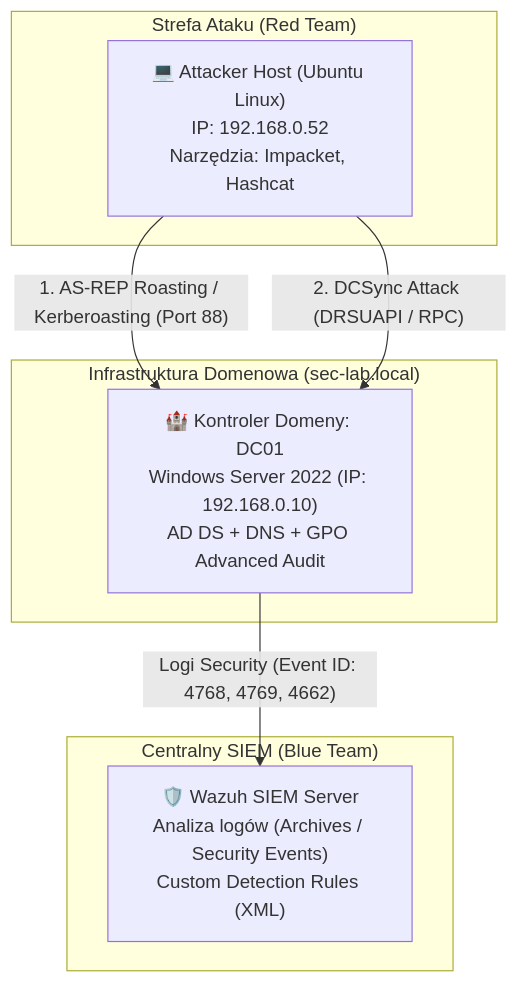
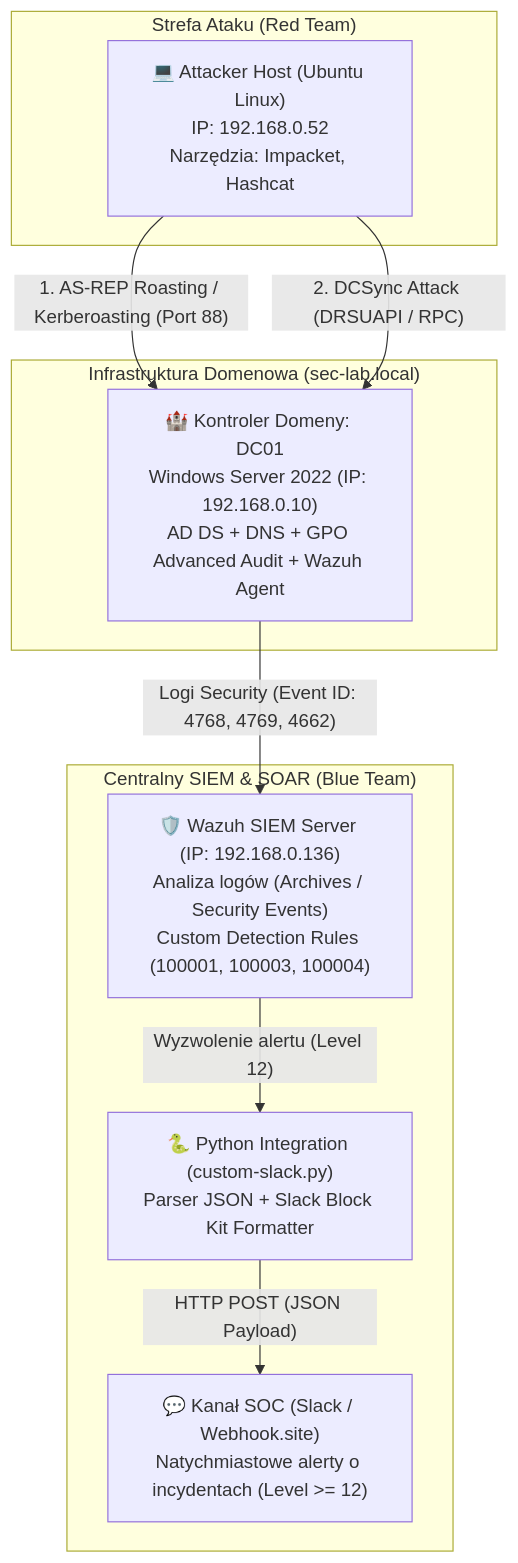
The diagram in README.md (PiotrAsyngier/Active-Directory-Lab), drawn with Mermaid before and after one commit. The commit also changed other lines of this file, not shown here.

First line of the commit message:
Enhance README with SOAR and project updates

````diff
--- a/README.md
+++ b/README.md
@@ -34,18 +37,22 @@
 ```mermaid
 graph TD
     subgraph "Strefa Ataku (Red Team)"
         Attacker["💻 Attacker Host (Ubuntu Linux)<br/>IP: 192.168.0.52<br/>Narzędzia: Impacket, Hashcat"]
     end
 
     subgraph "Infrastruktura Domenowa (sec-lab.local)"
-        DC01["🏰 Kontroler Domeny: DC01<br/>Windows Server 2022 (IP: 192.168.0.10)<br/>AD DS + DNS + GPO Advanced Audit"]
+        DC01["🏰 Kontroler Domeny: DC01<br/>Windows Server 2022 (IP: 192.168.0.10)<br/>AD DS + DNS + GPO Advanced Audit + Wazuh Agent"]
     end
 
-    subgraph "Centralny SIEM (Blue Team)"
-        WazuhSIEM["🛡️ Wazuh SIEM Server<br/>Analiza logów (Archives / Security Events)<br/>Custom Detection Rules (XML)"]
+    subgraph "Centralny SIEM & SOAR (Blue Team)"
+        WazuhSIEM["🛡️ Wazuh SIEM Server (IP: 192.168.0.136)<br/>Analiza logów (Archives / Security Events)<br/>Custom Detection Rules (100001, 100003, 100004)"]
+        SOAR["🐍 Python Integration (custom-slack.py)<br/>Parser JSON + Slack Block Kit Formatter"]
+        Webhook["💬 Kanał SOC (Slack / Webhook.site)<br/>Natychmiastowe alerty o incydentach (Level >= 12)"]
     end
 
     Attacker -->|"1. AS-REP Roasting / Kerberoasting (Port 88)"| DC01
     Attacker -->|"2. DCSync Attack (DRSUAPI / RPC)"| DC01
     DC01 -->|"Logi Security (Event ID: 4768, 4769, 4662)"| WazuhSIEM
+    WazuhSIEM -->|"Wyzwolenie alertu (Level 12)"| SOAR
+    SOAR -->|"HTTP POST (JSON Payload)"| Webhook
 ```
````
